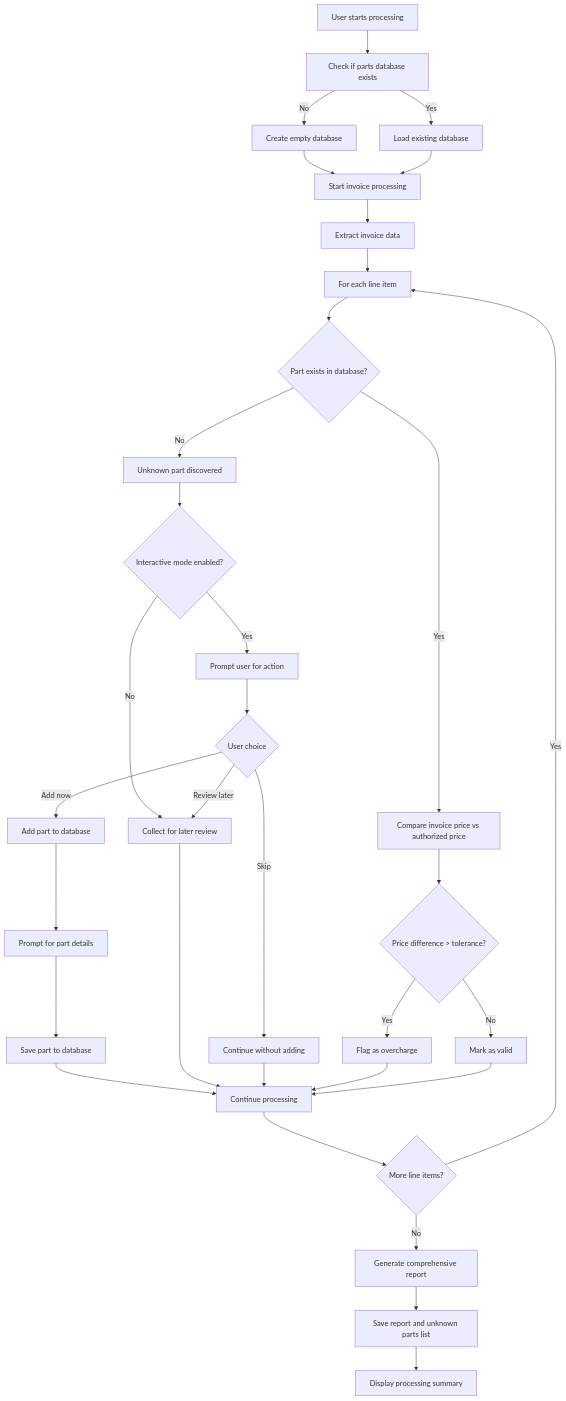
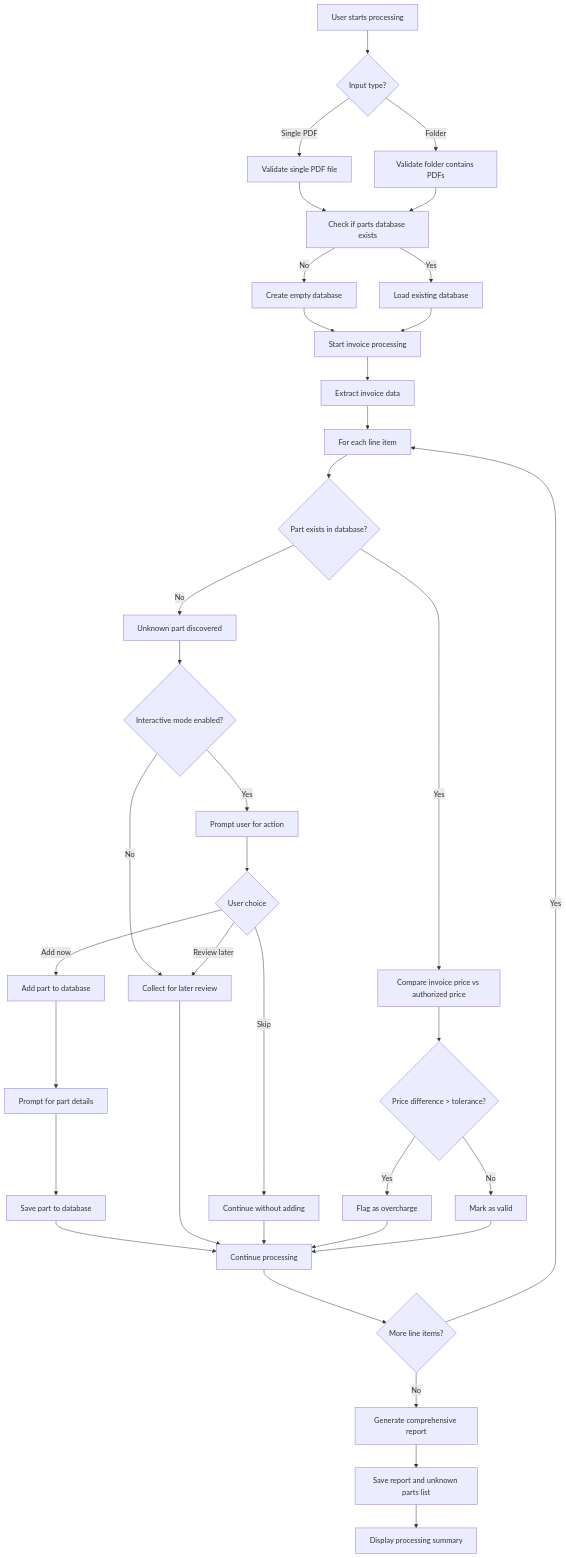
One commit to Nuosis/invoice_line_cost_detection changed the second of 8 diagrams in docs/USER_FLOWS.md. Above: the diagram before and after it, drawn with Mermaid. The commit also changed other lines of this file and 7 other files, not shown here.

Commit message:
single file processing

````diff
--- a/docs/USER_FLOWS.md
+++ b/docs/USER_FLOWS.md
@@ -51,44 +55,49 @@
 ```mermaid
 flowchart TD
-    A[User starts processing] --> B[Check if parts database exists]
+    A[User starts processing] --> A1{Input type?}
+    A1 -->|Single PDF| A2[Validate single PDF file]
+    A1 -->|Folder| A3[Validate folder contains PDFs]
+    A2 --> B[Check if parts database exists]
+    A3 --> B
+    
     B -->|No| C[Create empty database]
     B -->|Yes| D[Load existing database]
     
     C --> E[Start invoice processing]
     D --> E
     
     E --> F[Extract invoice data]
     F --> G[For each line item]
     G --> H{Part exists in database?}
     
     H -->|Yes| I[Compare invoice price vs authorized price]
     H -->|No| J[Unknown part discovered]
     
     I --> K{Price difference > tolerance?}
     K -->|Yes| L[Flag as overcharge]
     K -->|No| M[Mark as valid]
     
     J --> N{Interactive mode enabled?}
     N -->|Yes| O[Prompt user for action]
     N -->|No| P[Collect for later review]
     
     O --> Q{User choice}
     Q -->|Add now| R[Add part to database]
     Q -->|Review later| P
     Q -->|Skip| S[Continue without adding]
     
     R --> T[Prompt for part details]
     T --> U[Save part to database]
     U --> V[Continue processing]
     
     P --> V
     S --> V
     L --> V
     M --> V
     
     V --> W{More line items?}
     W -->|Yes| G
     W -->|No| X[Generate comprehensive report]
     X --> Y[Save report and unknown parts list]
     Y --> Z[Display processing summary]
 ```
````
